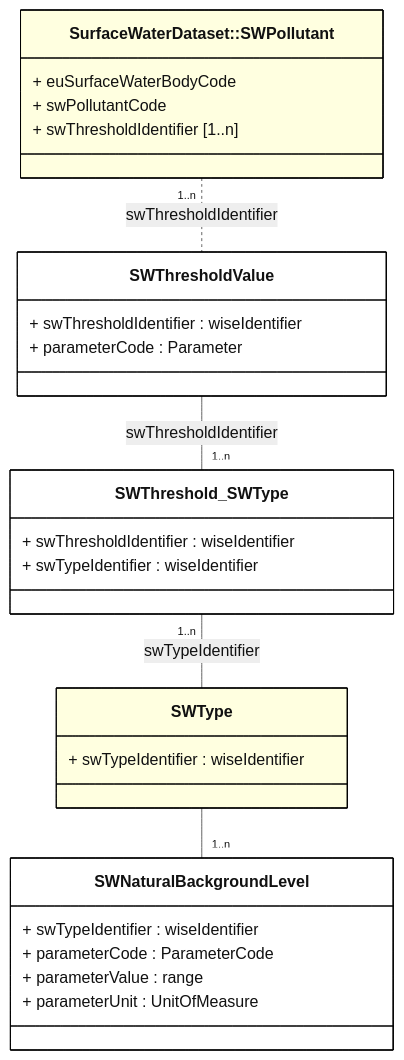
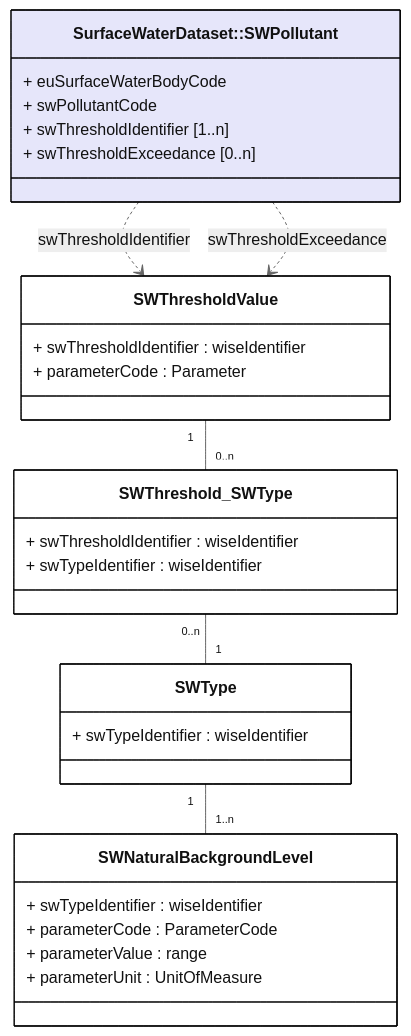
One commit to eeadata/WISE.WFD.Documentation changed the diagram in docs/DataModelReview/mmd/SurfaceWaterMethodologies_4thCycle_SWThresholdValue_Associations_ClassDiagram.mmd. Above: the diagram before and after it, drawn with Mermaid. The commit also changed 2 other files, not shown here.

Commit message:
Correcting the cardinalities associated with Threshold classes

```diff
--- a/docs/DataModelReview/mmd/SurfaceWaterMethodologies_4thCycle_SWThresholdValue_Associations_ClassDiagram.mmd
+++ b/docs/DataModelReview/mmd/SurfaceWaterMethodologies_4thCycle_SWThresholdValue_Associations_ClassDiagram.mmd
@@ -1,45 +1,47 @@
 ---
 config:
   class:
     hideEmptyMembersBox: true
   layout: dagre
   theme: neutral
 ---
 classDiagram
 direction TB
 
-class SWType:::partial {
-    + swTypeIdentifier : wiseIdentifier
+class SWType {
+  + swTypeIdentifier : wiseIdentifier
 }
 
-class SWPollutant ["SurfaceWaterDataset::SWPollutant"]:::partial{
-+ euSurfaceWaterBodyCode
-+ swPollutantCode
-+ swThresholdIdentifier [1..n]
+class SWPollutant ["SurfaceWaterDataset::SWPollutant"]:::otherDataset{
+  + euSurfaceWaterBodyCode
+  + swPollutantCode
+  + swThresholdIdentifier [1..n]
+  + swThresholdExceedance [0..n]
 }
 
 class SWThresholdValue{
-+ swThresholdIdentifier : wiseIdentifier
-+ parameterCode : Parameter
+  + swThresholdIdentifier : wiseIdentifier
+  + parameterCode : Parameter
 }
 
 class SWThreshold_SWType{
-+ swThresholdIdentifier : wiseIdentifier
-+ swTypeIdentifier : wiseIdentifier
+  + swThresholdIdentifier : wiseIdentifier
+  + swTypeIdentifier : wiseIdentifier
 }
 
 class SWNaturalBackgroundLevel{
-    + swTypeIdentifier : wiseIdentifier
-    + parameterCode : ParameterCode
-    + parameterValue : range  
-    + parameterUnit : UnitOfMeasure
+  + swTypeIdentifier : wiseIdentifier
+  + parameterCode : ParameterCode
+  + parameterValue : range  
+  + parameterUnit : UnitOfMeasure
 }
 
-SWPollutant "1..n" .. SWThresholdValue : swThresholdIdentifier
-SWThresholdValue -- "1..n" SWThreshold_SWType : swThresholdIdentifier
-SWThreshold_SWType "1..n" -- SWType : swTypeIdentifier
-SWType -- "1..n" SWNaturalBackgroundLevel
+SWPollutant ..> SWThresholdValue : swThresholdIdentifier
+SWPollutant ..> SWThresholdValue : swThresholdExceedance
+SWThresholdValue "1" -- "0..n" SWThreshold_SWType 
+SWThreshold_SWType "0..n" -- "1" SWType 
+SWType "1" -- "1..n" SWNaturalBackgroundLevel
 
 classDef default fill:white,stroke:#000;
 classDef forFixing fill:white,stroke:#f00;
-classDef partial fill:lightyellow,stroke:#000;
+classDef otherDataset fill:lavender,stroke:#000;
```
